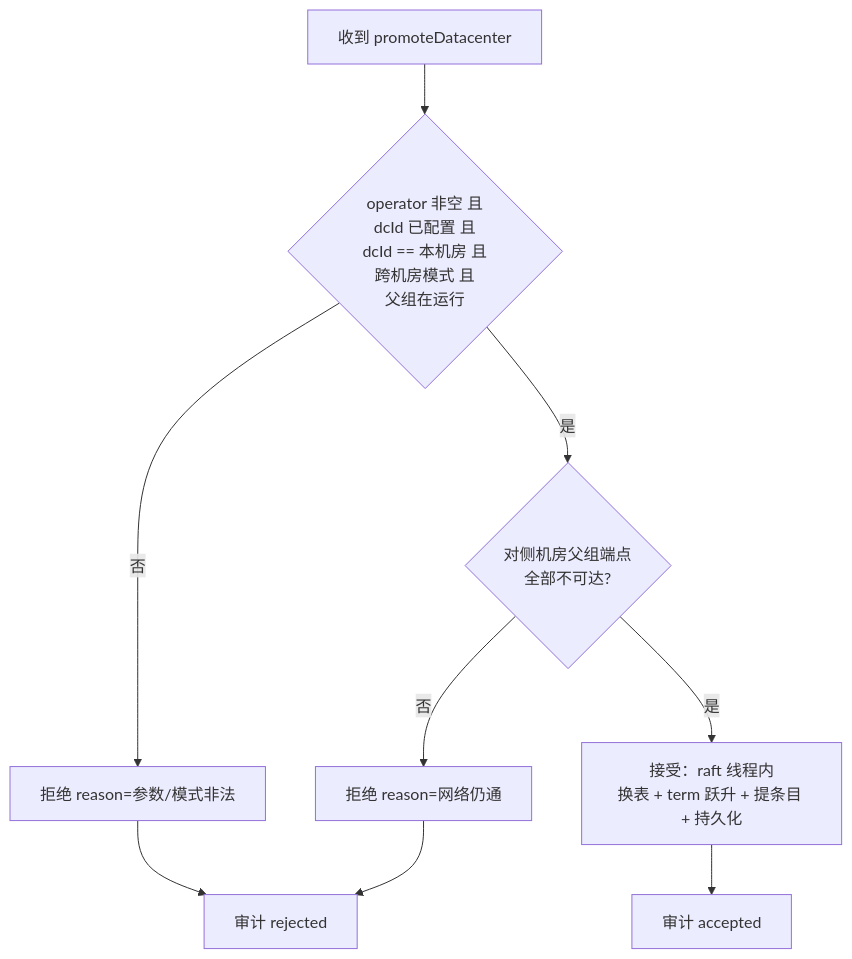
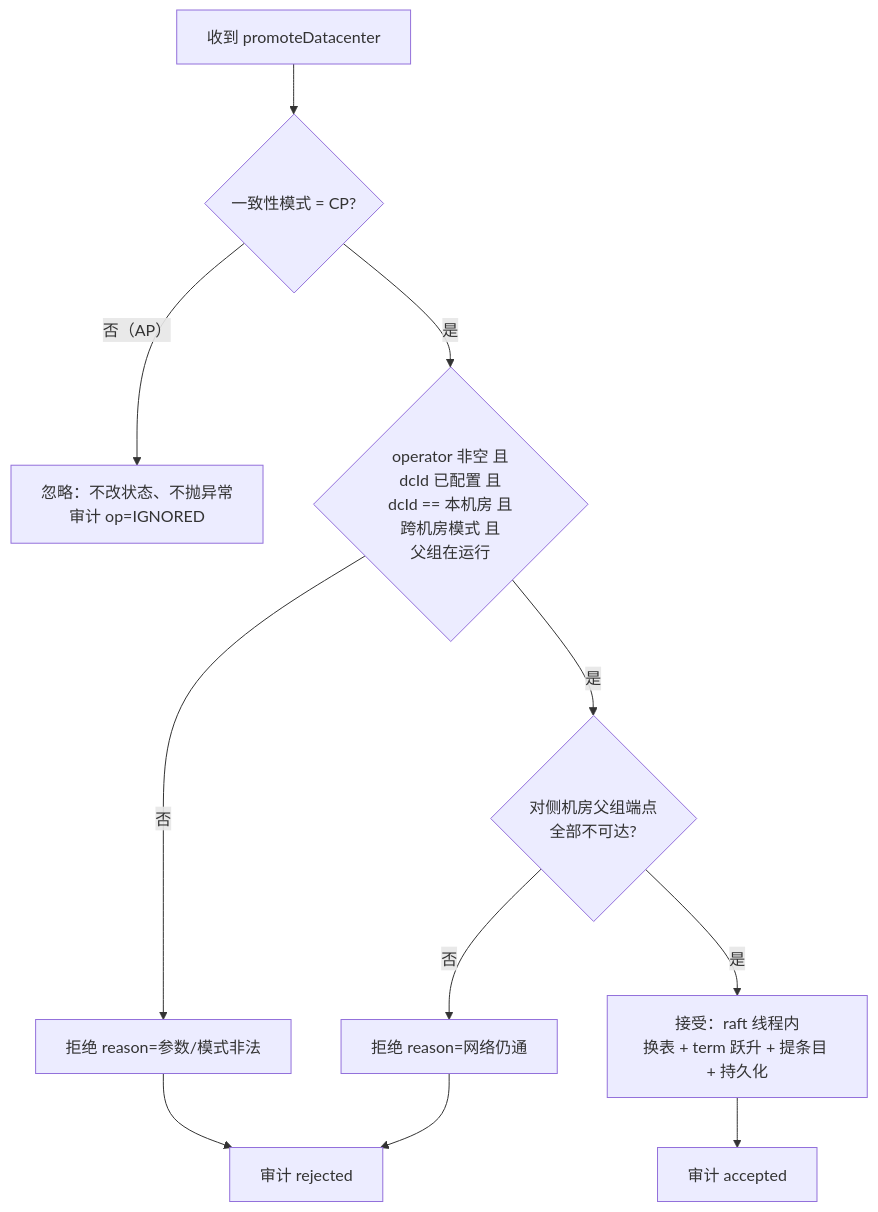
One commit to itcraft-cn/speedboat changed the second of 3 diagrams in docs/design/2026-10-10-05-manual-promote-api-design.md. Above: the diagram before and after it, drawn with Mermaid. The commit also changed other lines of this file and 5 other files, not shown here.

````diff
--- a/docs/design/2026-10-10-05-manual-promote-api-design.md
+++ b/docs/design/2026-10-10-05-manual-promote-api-design.md
@@ -55,11 +56,13 @@
 ```mermaid
 flowchart TD
-    S["收到 promoteDatacenter"] --> A{"operator 非空 且<br/>dcId 已配置 且<br/>dcId == 本机房 且<br/>跨机房模式 且<br/>父组在运行"}
+    S["收到 promoteDatacenter"] --> M{"一致性模式 = CP?"}
+    M -- "否（AP）" --> I["忽略：不改状态、不抛异常<br/>审计 op=IGNORED"]
+    M -- 是 --> A{"operator 非空 且<br/>dcId 已配置 且<br/>dcId == 本机房 且<br/>跨机房模式 且<br/>父组在运行"}
     A -- 否 --> R1["拒绝 reason=参数/模式非法"]
     A -- 是 --> B{"对侧机房父组端点<br/>全部不可达?"}
     B -- 否 --> R2["拒绝 reason=网络仍通"]
     B -- 是 --> C["接受：raft 线程内<br/>换表 + term 跃升 + 提条目 + 持久化"]
     C --> ACC["审计 accepted"]
     R1 --> AUD["审计 rejected"]
     R2 --> AUD
 ```
````
